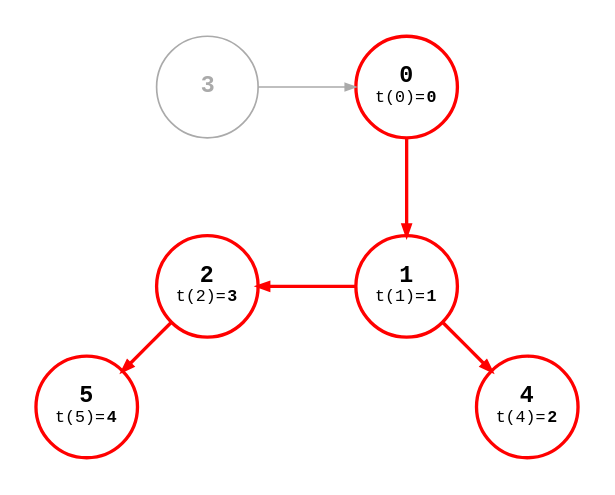
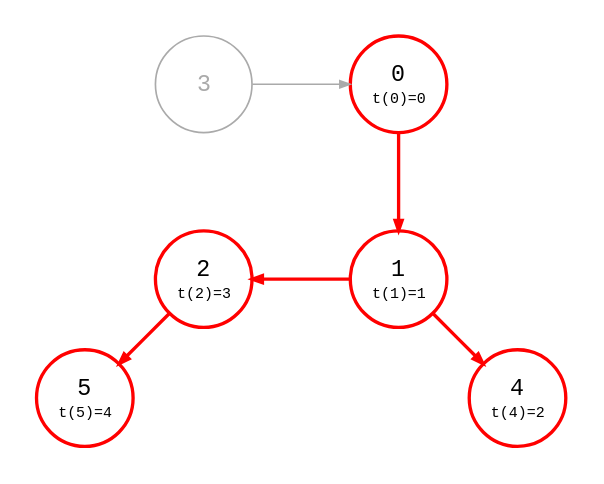
One commit to bsdrks/graaf-images changed the diagram in src/dfs_1-0.87.4.dot. Above: the diagram before and after it, drawn with Graphviz. The commit also changed 76 other files, not shown here.

```diff
--- a/src/dfs_1-0.87.4.dot
+++ b/src/dfs_1-0.87.4.dot
@@ -1,116 +1,116 @@
 digraph {
-    node [shape=circle, fontname="monospace", fixedsize=true, width="0.85"];
+    node [shape=circle, fontname="monospace", fixedsize=true, width="0.8"];
     edge [arrowsize=0.6, fontname="monospace", fontsize=9];
     layout=circo;
     scale=1.0;
     normalize=true;
     pad=0.2;
     splines=line
 
     3 [color="#aaaaaa", fontcolor="#aaaaaa"];
     0, 1, 2, 4, 5 [style=bold, color=red];
 
     0 [
         label=<
-            <table border="0" cellpadding="0" cellspacing="0">
+            <table border="0" cellpadding="1" cellspacing="0">
                 <tr>
-                    <td><b>0</b></td>
+                    <td>0</td>
                 </tr>
                 <tr>
-                    <td><font point-size="10">t(0)=<b>0</b></font></td>
+                    <td><font point-size="9">t(0)=0</font></td>
                 </tr>
             </table>
         >,
         color=red,
         style=bold
     ];
 
     1 [
         label=<
-            <table border="0" cellpadding="0" cellspacing="0">
+            <table border="0" cellpadding="1" cellspacing="0">
                 <tr>
-                    <td><b>1</b></td>
+                    <td>1</td>
                 </tr>
                 <tr>
-                    <td><font point-size="10">t(1)=<b>1</b></font></td>
+                    <td><font point-size="9">t(1)=1</font></td>
                 </tr>
             </table>
         >,
         color=red,
         style=bold
     ];
 
     2 [
         label=<
-            <table border="0" cellpadding="0" cellspacing="0">
+            <table border="0" cellpadding="1" cellspacing="0">
                 <tr>
-                    <td><b>2</b></td>
+                    <td>2</td>
                 </tr>
                 <tr>
-                    <td><font point-size="10">t(2)=<b>3</b></font></td>
+                    <td><font point-size="9">t(2)=3</font></td>
                 </tr>
             </table>
         >,
     ];
 
     3 [
         label=<
-            <table border="0" cellpadding="0" cellspacing="0">
+            <table border="0" cellpadding="1" cellspacing="0">
                 <tr>
-                    <td><b>3</b></td>
+                    <td>3</td>
                 </tr>
             </table>
         >,
     ];
 
     4 [
         label=<
-            <table border="0" cellpadding="0" cellspacing="0">
+            <table border="0" cellpadding="1" cellspacing="0">
                 <tr>
-                    <td><b>4</b></td>
+                    <td>4</td>
                 </tr>
                 <tr>
-                    <td><font point-size="10">t(4)=<b>2</b></font></td>
+                    <td><font point-size="9">t(4)=2</font></td>
                 </tr>
             </table>
         >,
     ];
 
     5 [
         label=<
-            <table border="0" cellpadding="0" cellspacing="0">
+            <table border="0" cellpadding="1" cellspacing="0">
                 <tr>
-                    <td><b>5</b></td>
+                    <td>5</td>
                 </tr>
                 <tr>
-                    <td><font point-size="10">t(5)=<b>4</b></font></td>
+                    <td><font point-size="9">t(5)=4</font></td>
                 </tr>
             </table>
         >,
     ];
 
 
     0 -> 1 [
         style=bold;
         color=red;
     ];
 
     3 -> 0 [color="#aaaaaa"];
 
     1 -> 2 [
         style=bold;
         color=red;
     ];
 
     2 -> 3 [style=invis];
 
     1 -> 4 [
         style=bold;
         color=red;
     ];
 
     2 -> 5 [
         style=bold;
         color=red;
     ];
 }
```
